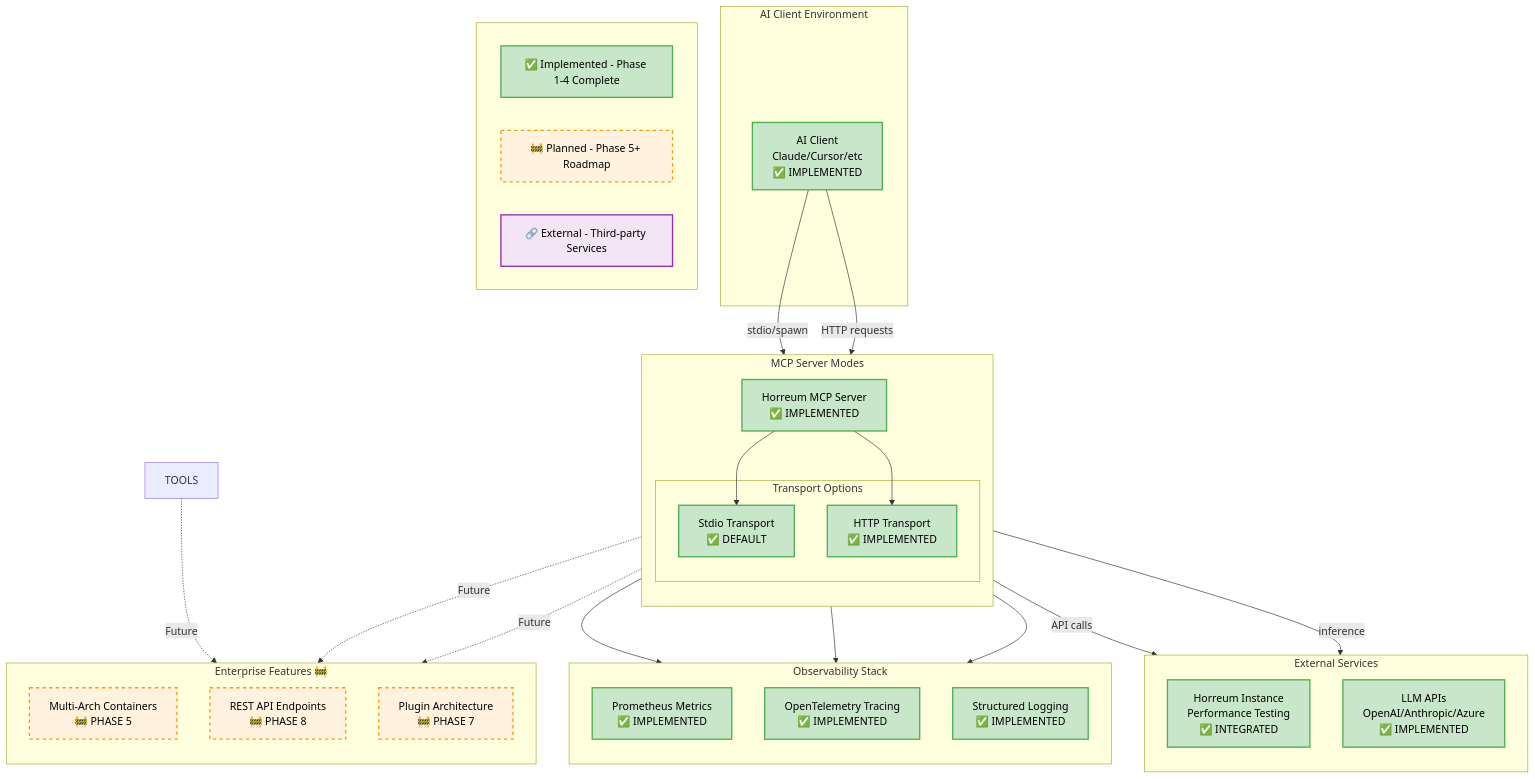
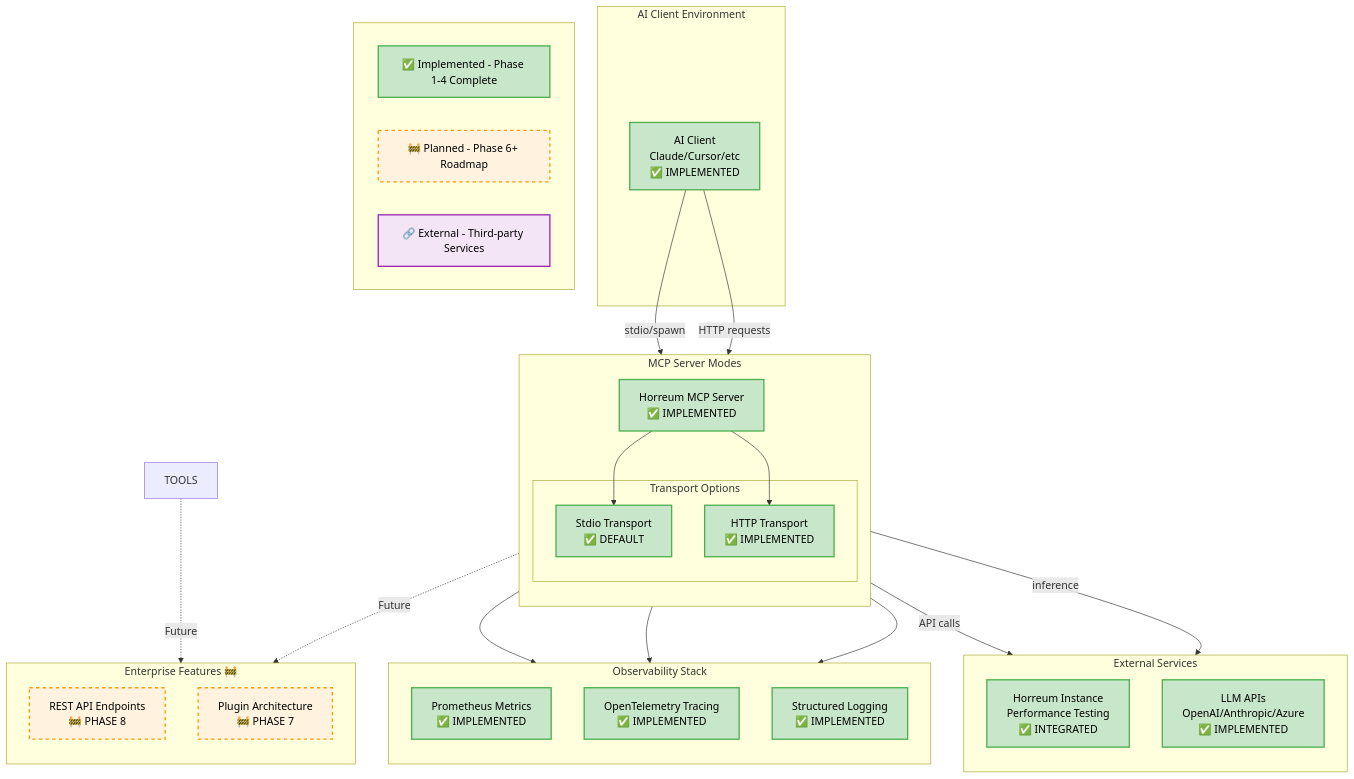
One commit to dustinblack/horreum-mcp changed the first of 4 diagrams in README.md. Above: the diagram before and after it, drawn with Mermaid. The commit also changed other lines of this file and 6 other files, not shown here.

````diff
--- a/README.md
+++ b/README.md
@@ -56,71 +55,70 @@
 ```mermaid
 graph TB
     subgraph "AI Client Environment"
         AI[AI Client<br/>Claude/Cursor/etc<br/>✅ IMPLEMENTED]
     end
 
     subgraph "MCP Server Modes"
         direction TB
         MCP[Horreum MCP Server<br/>✅ IMPLEMENTED]
 
         subgraph "Transport Options"
             STDIO[Stdio Transport<br/>✅ DEFAULT]
             HTTP[HTTP Transport<br/>✅ IMPLEMENTED]
         end
 
         MCP --> STDIO
         MCP --> HTTP
     end
 
     subgraph "External Services"
         direction TB
         HORREUM[Horreum Instance<br/>Performance Testing<br/>✅ INTEGRATED]
         LLM[LLM APIs<br/>OpenAI/Anthropic/Azure<br/>✅ IMPLEMENTED]
     end
 
     subgraph "Observability Stack"
         direction TB
         PROM[Prometheus Metrics<br/>✅ IMPLEMENTED]
         OTEL[OpenTelemetry Tracing<br/>✅ IMPLEMENTED]
         LOGS[Structured Logging<br/>✅ IMPLEMENTED]
     end
 
     AI -->|stdio/spawn| STDIO
     AI -->|HTTP requests| HTTP
     MCP -->|API calls| HORREUM
     HTTP -->|inference| LLM
     MCP --> PROM
     MCP --> OTEL
     MCP --> LOGS
 
     classDef implemented fill:#c8e6c9,stroke:#4caf50,stroke-width:2px,color:#000000
     classDef planned fill:#fff3e0,stroke:#ff9800,stroke-width:2px,stroke-dasharray: 5 5,color:#000000
     classDef external fill:#f3e5f5,stroke:#9c27b0,stroke-width:2px,color:#000000
 
     class AI,STDIO,MCP,HORREUM,PROM,OTEL,LOGS,HTTP,LLM implemented
 
-    %% Future Enhancements (Phase 5+)
+    %% Future Enhancements (Phase 6+)
     subgraph "Enterprise Features 🚧"
         direction TB
-        CONTAINER[Multi-Arch Containers<br/>🚧 PHASE 5]
         REST[REST API Endpoints<br/>🚧 PHASE 8]
         PLUGIN[Plugin Architecture<br/>🚧 PHASE 7]
     end
 
-    MCP -.->|"Future"| CONTAINER
     HTTP -.->|"Future"| REST
     TOOLS -.->|"Future"| PLUGIN
 
-    class CONTAINER,REST,PLUGIN planned
+    class REST,PLUGIN planned
+    class CONTAINER implemented
 
     %% Legend
     subgraph Legend[" "]
         L1[✅ Implemented - Phase 1-4 Complete]
-        L2[🚧 Planned - Phase 5+ Roadmap]
+        L2[🚧 Planned - Phase 6+ Roadmap]
         L3[🔗 External - Third-party Services]
     end
 
     class L1 implemented
     class L2 planned
     class L3 external
 ```
````
